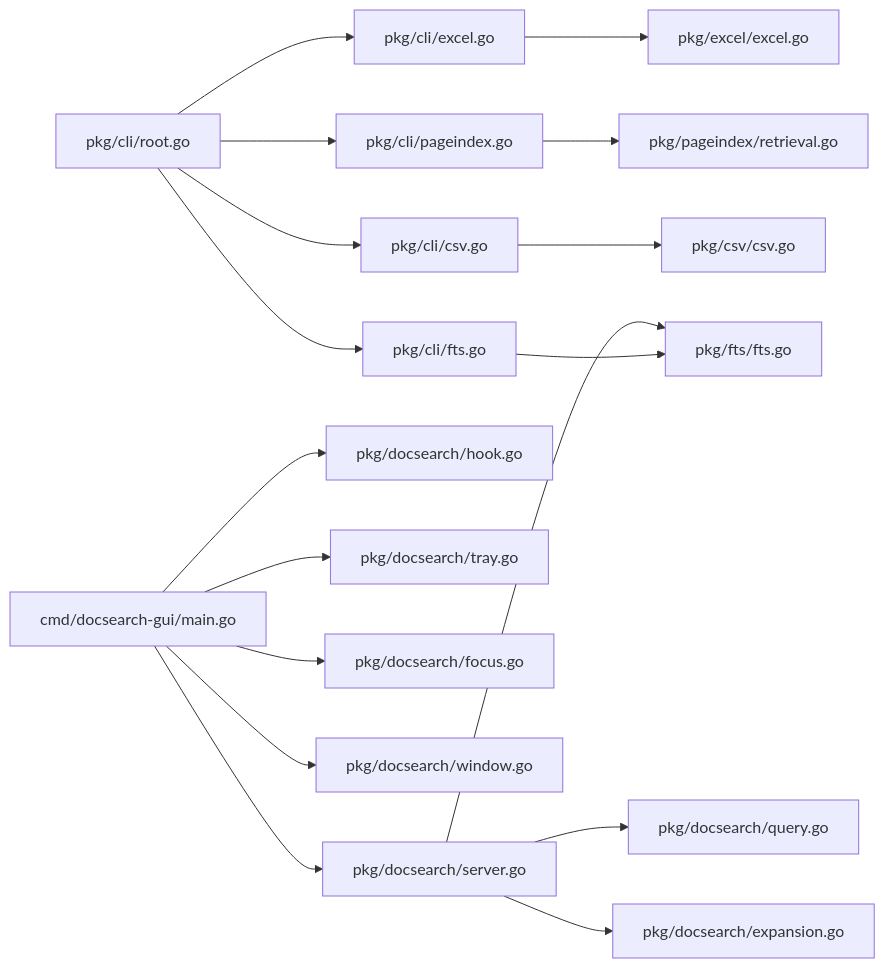
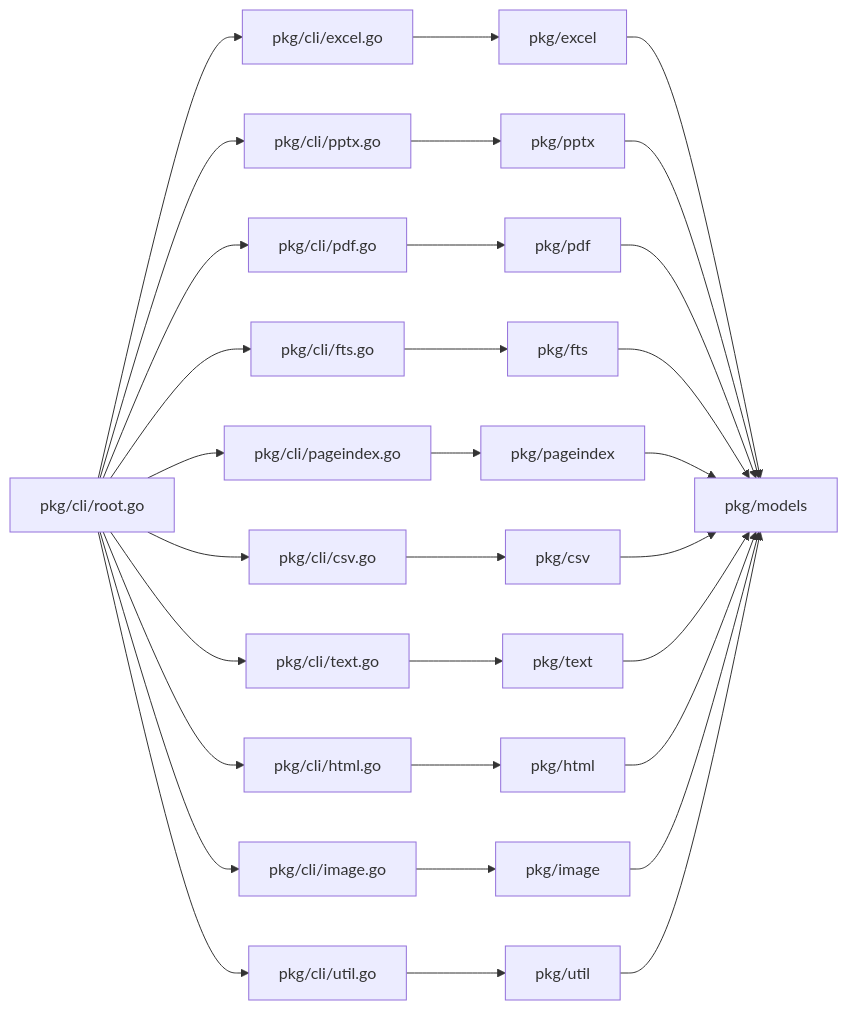
The third of 3 diagrams in doc/design.md (snaga/doctools-cli), drawn with Mermaid before and after one commit. The commit also changed other lines of this file and 5 other files, not shown here.

````diff
--- a/doc/design.md
+++ b/doc/design.md
@@ -562,21 +394,26 @@
 ```mermaid
 graph LR
     RootCmd["pkg/cli/root.go"] --> ExcelCmd["pkg/cli/excel.go"]
+    RootCmd --> PPTXCmd["pkg/cli/pptx.go"]
+    RootCmd --> PDFCmd["pkg/cli/pdf.go"]
     RootCmd --> FTSCmd["pkg/cli/fts.go"]
     RootCmd --> PICmd["pkg/cli/pageindex.go"]
     RootCmd --> CSVCmd["pkg/cli/csv.go"]
+    RootCmd --> TextCmd["pkg/cli/text.go"]
+    RootCmd --> HTMLCmd["pkg/cli/html.go"]
+    RootCmd --> ImageCmd["pkg/cli/image.go"]
+    RootCmd --> UtilCmd["pkg/cli/util.go"]
     
-    ExcelCmd --> ExcelSvc["pkg/excel/excel.go"]
-    FTSCmd --> FTSSvc["pkg/fts/fts.go"]
-    PICmd --> PISvc["pkg/pageindex/retrieval.go"]
-    CSVCmd --> CSVSvc["pkg/csv/csv.go"]
+    ExcelCmd --> ExcelSvc["pkg/excel"]
+    PPTXCmd --> PPTXSvc["pkg/pptx"]
+    PDFCmd --> PDFSvc["pkg/pdf"]
+    FTSCmd --> FTSSvc["pkg/fts"]
+    PICmd --> PISvc["pkg/pageindex"]
+    CSVCmd --> CSVSvc["pkg/csv"]
+    TextCmd --> TextSvc["pkg/text"]
+    HTMLCmd --> HTMLSvc["pkg/html"]
+    ImageCmd --> ImageSvc["pkg/image"]
+    UtilCmd --> UtilSvc["pkg/util"]
 
-    DocSearchCmd["cmd/docsearch-gui/main.go"] --> DocSearchHook["pkg/docsearch/hook.go"]
-    DocSearchCmd --> DocSearchTray["pkg/docsearch/tray.go"]
-    DocSearchCmd --> DocSearchFocus["pkg/docsearch/focus.go"]
-    DocSearchCmd --> DocSearchWin["pkg/docsearch/window.go"]
-    DocSearchCmd --> DocSearchSrv["pkg/docsearch/server.go"]
-    DocSearchSrv --> DocSearchQuery["pkg/docsearch/query.go"]
-    DocSearchSrv --> DocSearchExp["pkg/docsearch/expansion.go"]
-    DocSearchSrv --> FTSSvc
+    ExcelSvc & PPTXSvc & PDFSvc & FTSSvc & PISvc & CSVSvc & TextSvc & HTMLSvc & ImageSvc & UtilSvc --> ModelsPkg["pkg/models"]
 ```
````
